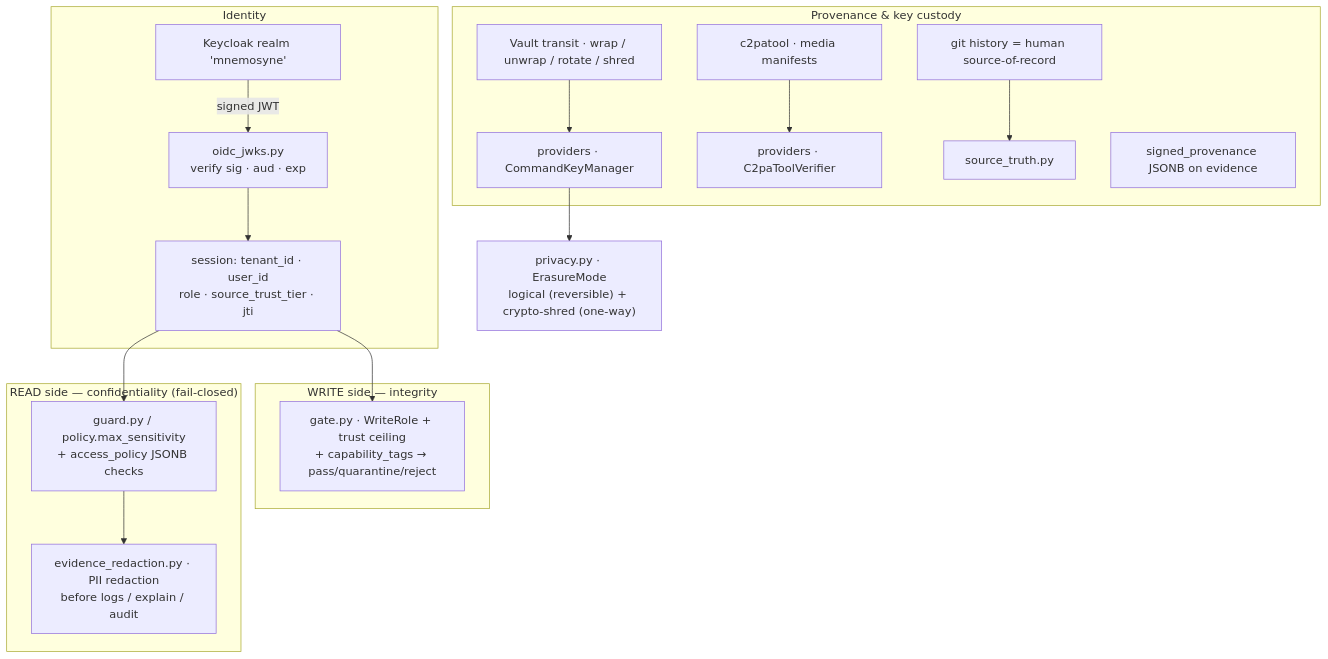
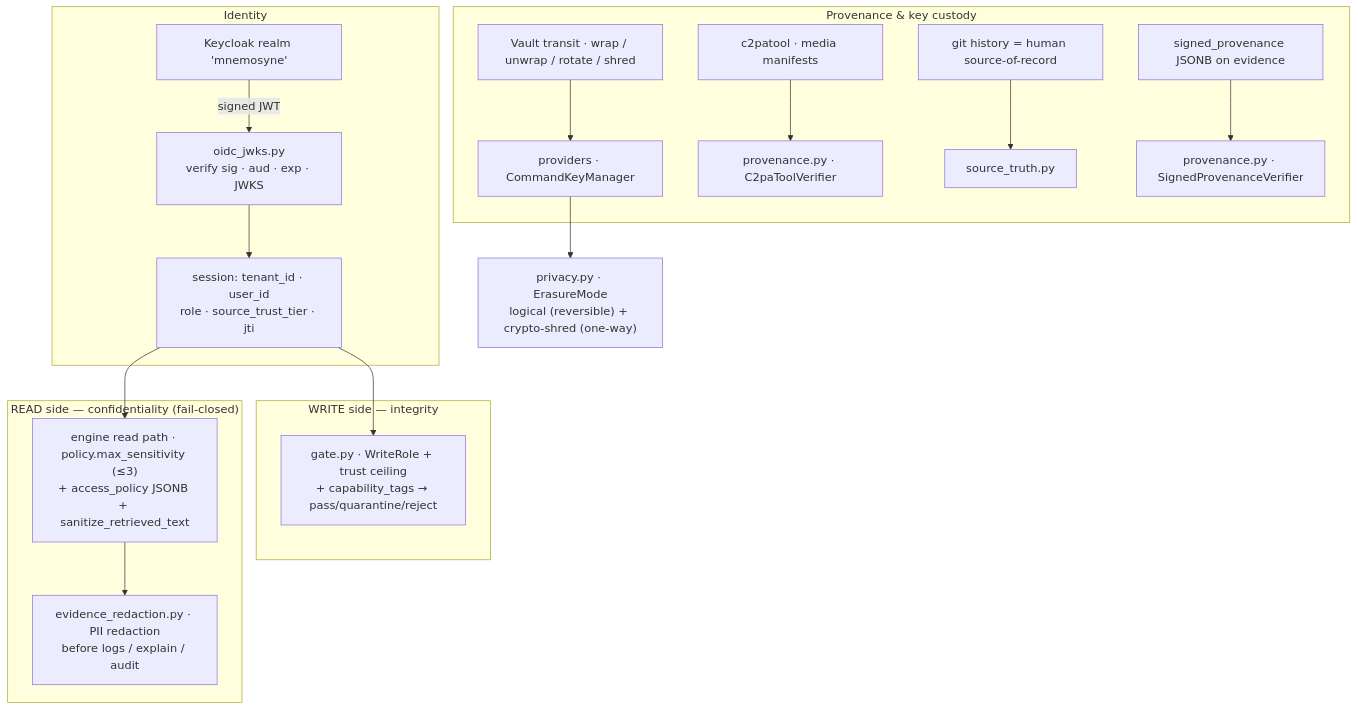
Before and after one commit to onfire7777/Mnemosyne: the seventh of 8 diagrams in docs/ARCHITECTURE-OVERVIEW.md, drawn with Mermaid. The commit also changed other lines of this file, not shown here.

First line of the commit message:
docs(architecture): clarify current runtime topology

````diff
--- a/docs/ARCHITECTURE-OVERVIEW.md
+++ b/docs/ARCHITECTURE-OVERVIEW.md
@@ -360,26 +483,26 @@
 ```mermaid
 flowchart TB
     subgraph IDP["Identity"]
-        KC["Keycloak realm 'mnemosyne'"] -->|signed JWT| OIDC["oidc_jwks.py<br/>verify sig · aud · exp"]
+        KC["Keycloak realm 'mnemosyne'"] -->|signed JWT| OIDC["oidc_jwks.py<br/>verify sig · aud · exp · JWKS"]
         OIDC --> SESS["session: tenant_id · user_id<br/>role · source_trust_tier · jti"]
     end
 
     subgraph WRITE["WRITE side — integrity"]
         SESS --> GATE["gate.py · WriteRole + trust ceiling<br/>+ capability_tags → pass/quarantine/reject"]
     end
 
     subgraph READ["READ side — confidentiality (fail-closed)"]
-        SESS --> GUARD["guard.py / policy.max_sensitivity<br/>+ access_policy JSONB checks"]
-        GUARD --> RED["evidence_redaction.py · PII redaction<br/>before logs / explain / audit"]
+        SESS --> ENF["engine read path · policy.max_sensitivity (≤3)<br/>+ access_policy JSONB + sanitize_retrieved_text"]
+        ENF --> RED["evidence_redaction.py · PII redaction<br/>before logs / explain / audit"]
     end
 
     subgraph PROV["Provenance & key custody"]
         VAULT["Vault transit · wrap / unwrap / rotate / shred"] --> KM["providers · CommandKeyManager"]
-        C2PA["c2patool · media manifests"] --> CV["providers · C2paToolVerifier"]
+        C2PA["c2patool · media manifests"] --> CV["provenance.py · C2paToolVerifier"]
         GIT["git history = human source-of-record"] --> ST["source_truth.py"]
-        SP["signed_provenance JSONB on evidence"]
+        SP["signed_provenance JSONB on evidence"] --> SPV["provenance.py · SignedProvenanceVerifier"]
     end
 
     PRIV["privacy.py · ErasureMode<br/>logical (reversible) + crypto-shred (one-way)"]
     KM --> PRIV
 ```
````
